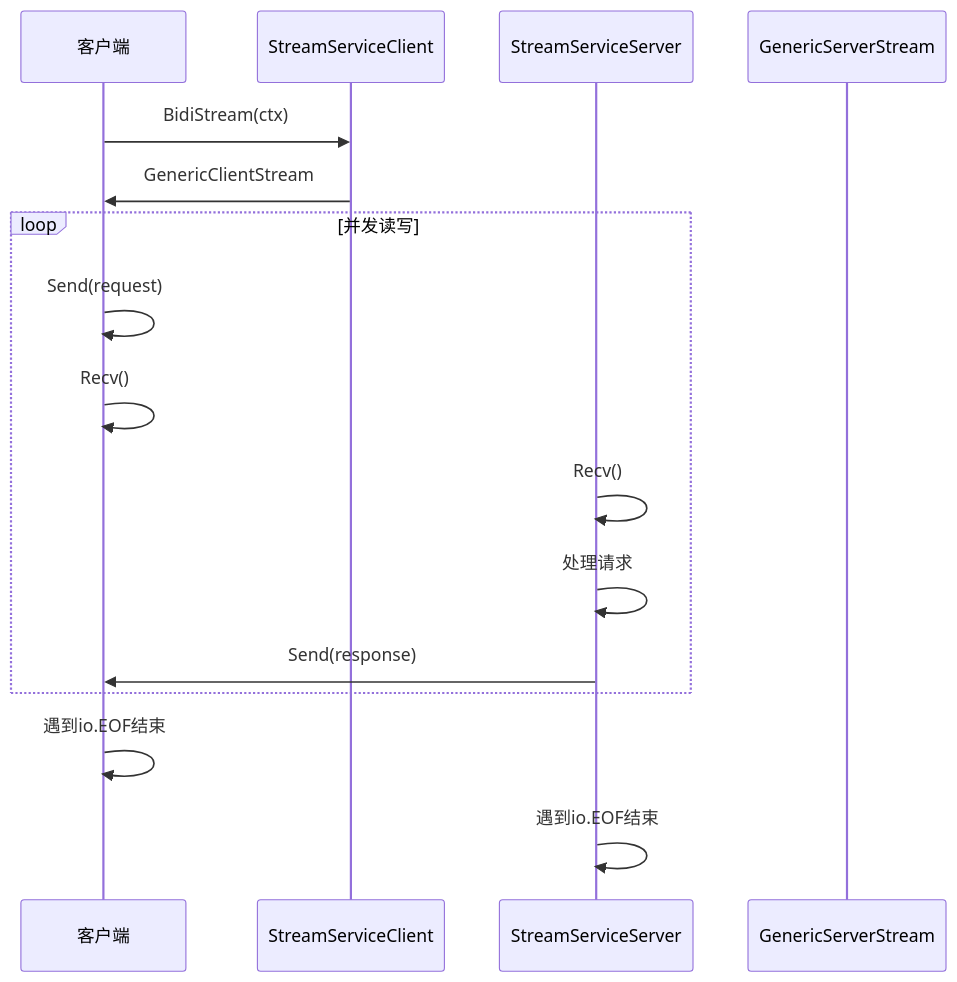
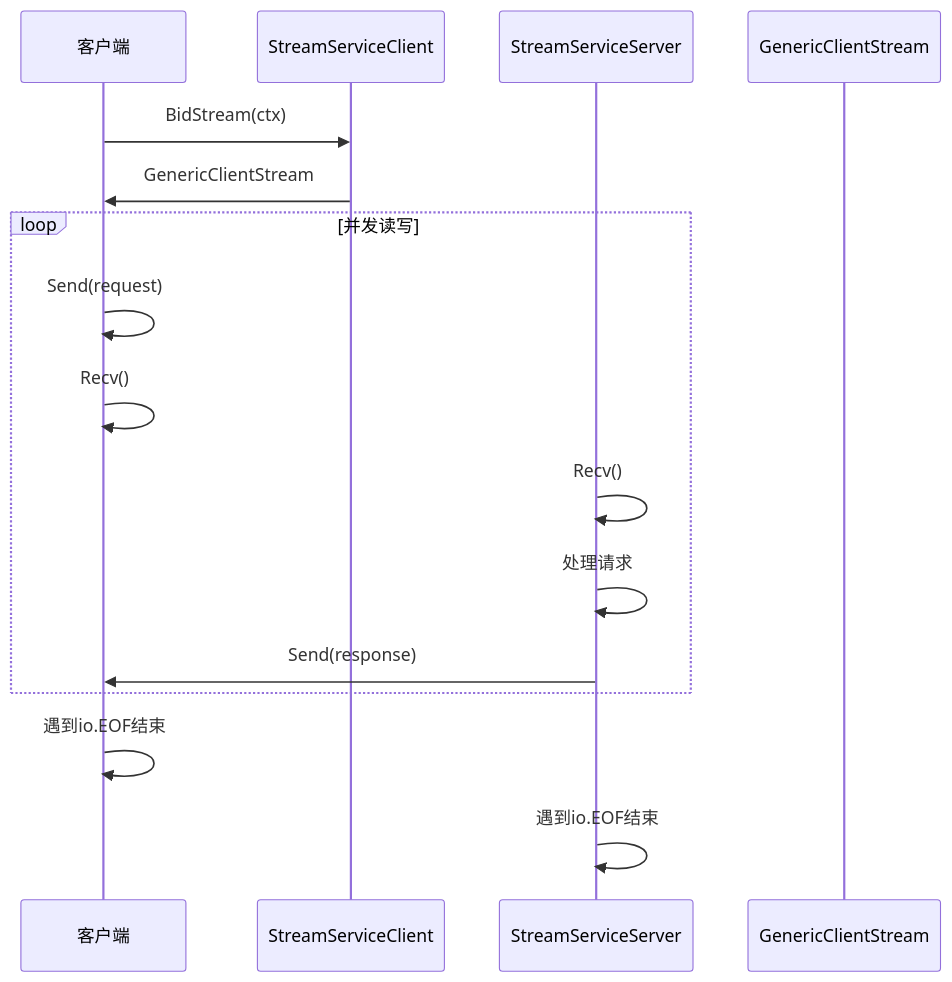
The ninth of 15 diagrams in .agents/repowiki/zh/content/示例和最佳实践/WebSocket流式系统.md (soyacen/goose), drawn with Mermaid before and after one commit. The commit also changed other lines of this file and 4 other files, not shown here.

````diff
--- a/.agents/repowiki/zh/content/示例和最佳实践/WebSocket流式系统.md
+++ b/.agents/repowiki/zh/content/示例和最佳实践/WebSocket流式系统.md
@@ -403,18 +366,18 @@
 ```mermaid
 sequenceDiagram
 participant Client as 客户端
 participant Service as StreamServiceClient
 participant Server as StreamServiceServer
-participant Stream as GenericServerStream
-Client->>Service : BidiStream(ctx)
+participant Stream as GenericClientStream
+Client->>Service : BidStream(ctx)
 Service->>Client : GenericClientStream
 loop 并发读写
 Client->>Client : Send(request)
 Client->>Client : Recv()
 Server->>Server : Recv()
 Server->>Server : 处理请求
 Server->>Client : Send(response)
 end
 Client->>Client : 遇到io.EOF结束
 Server->>Server : 遇到io.EOF结束
 ```
````
